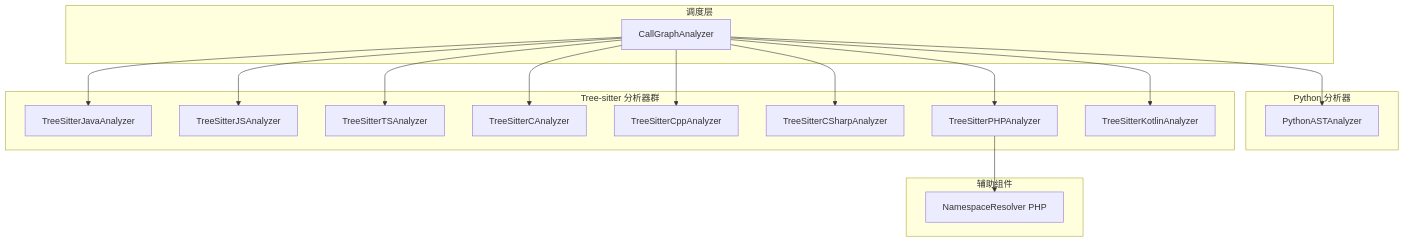
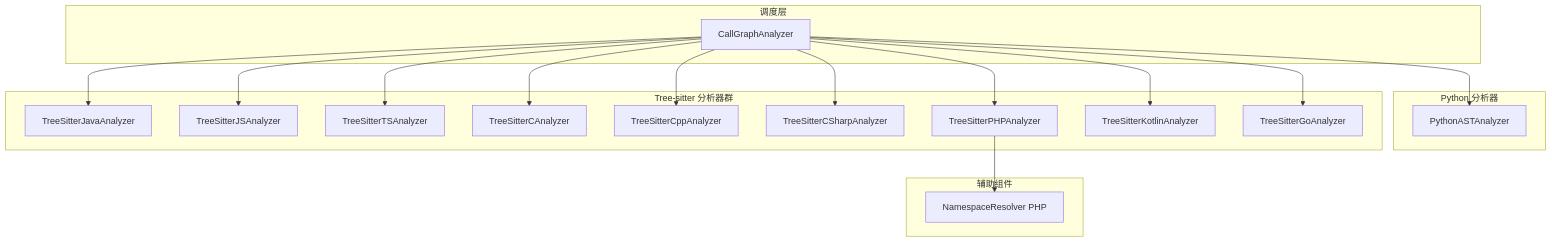
Before and after one commit to mambo-wang/CodeWiki-CN: the first of 4 diagrams in repowiki/语言分析器.md, drawn with Mermaid. The commit also changed other lines of this file and 32 other files, not shown here.

````diff
--- a/repowiki/语言分析器.md
+++ b/repowiki/语言分析器.md
@@ -16,32 +16,34 @@
 ```mermaid
 graph TD
     subgraph Dispatcher[调度层]
         CGA[CallGraphAnalyzer]
     end
     subgraph PythonAnalyzer[Python 分析器]
         PYA[PythonASTAnalyzer]
     end
     subgraph TreeSitterAnalyzers[Tree-sitter 分析器群]
         JAVA[TreeSitterJavaAnalyzer]
         JS[TreeSitterJSAnalyzer]
         TS[TreeSitterTSAnalyzer]
         C[TreeSitterCAnalyzer]
         CPP[TreeSitterCppAnalyzer]
         CS[TreeSitterCSharpAnalyzer]
         PHP[TreeSitterPHPAnalyzer]
         KT[TreeSitterKotlinAnalyzer]
+        GO[TreeSitterGoAnalyzer]
     end
     subgraph Support[辅助组件]
         NS[NamespaceResolver PHP]
     end
     CGA --> PYA
     CGA --> JAVA
     CGA --> JS
     CGA --> TS
     CGA --> C
     CGA --> CPP
     CGA --> CS
     CGA --> PHP
     CGA --> KT
+    CGA --> GO
     PHP --> NS
 ```
````
